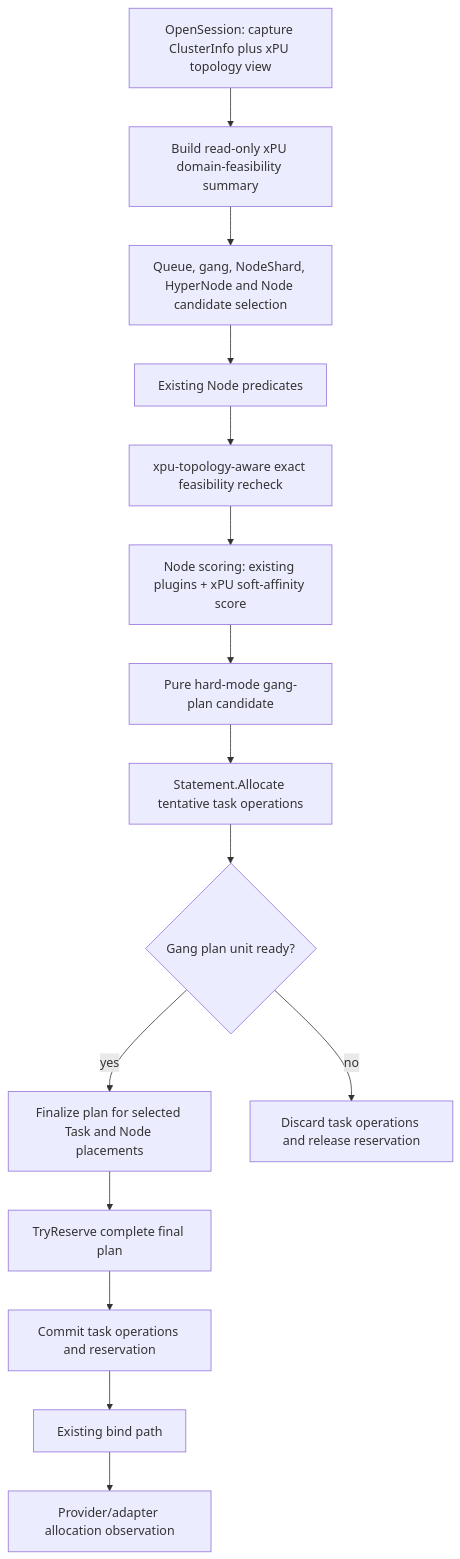
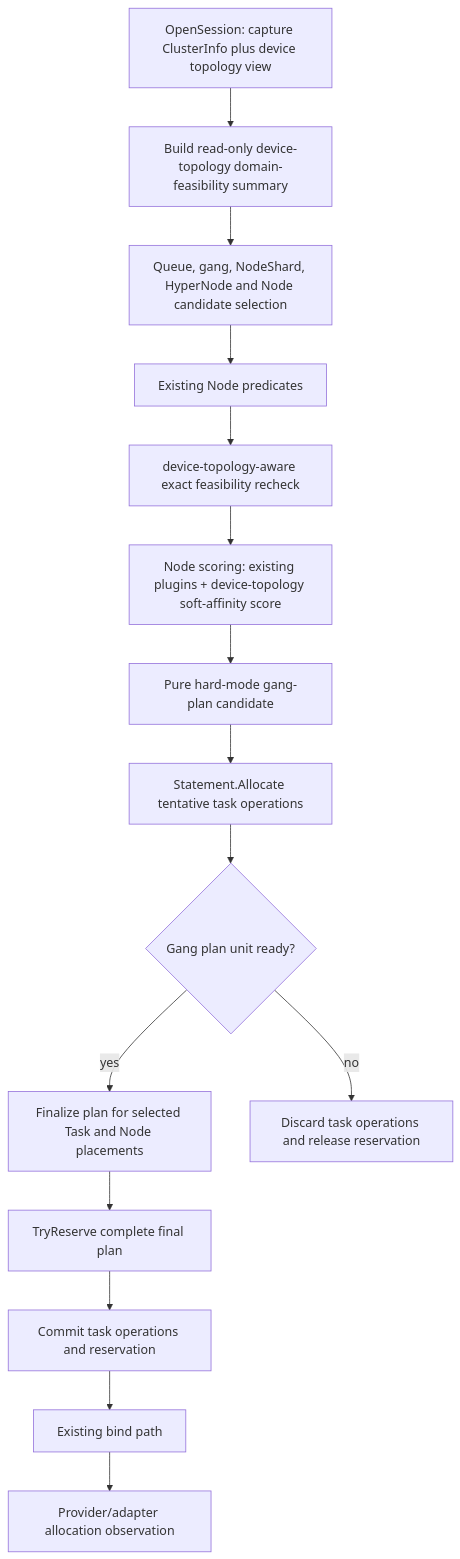
Before and after one commit to volcano-sh/volcano: the fifth of 7 diagrams in docs/design/generic-xpu-topology-aware-scheduling.md, drawn with Mermaid. The commit also changed other lines of this file, not shown here.

Commit message:
docs: standardize device topology naming

````diff
--- a/docs/design/generic-xpu-topology-aware-scheduling.md
+++ b/docs/design/generic-xpu-topology-aware-scheduling.md
@@ -1074,22 +1079,22 @@
 ```mermaid
 flowchart TB
-    SO[OpenSession: capture ClusterInfo plus xPU topology view]
-    DS[Build read-only xPU domain-feasibility summary]
+    SO[OpenSession: capture ClusterInfo plus device topology view]
+    DS[Build read-only device-topology domain-feasibility summary]
     Q[Queue, gang, NodeShard, HyperNode and Node candidate selection]
     P[Existing Node predicates]
-    XPF[xpu-topology-aware exact feasibility recheck]
-    S[Node scoring: existing plugins + xPU soft-affinity score]
+    XPF[device-topology-aware exact feasibility recheck]
+    S[Node scoring: existing plugins + device-topology soft-affinity score]
     GP[Pure hard-mode gang-plan candidate]
     ST[Statement.Allocate tentative task operations]
     C{Gang plan unit ready?}
     FP[Finalize plan for selected Task and Node placements]
     R[TryReserve complete final plan]
     COMMIT[Commit task operations and reservation]
     DISCARD[Discard task operations and release reservation]
     B[Existing bind path]
     OBS[Provider/adapter allocation observation]
 
     SO --> DS --> Q --> P --> XPF --> S --> GP --> ST --> C
     C -->|yes| FP --> R --> COMMIT --> B --> OBS
     C -->|no| DISCARD
 ```
````
